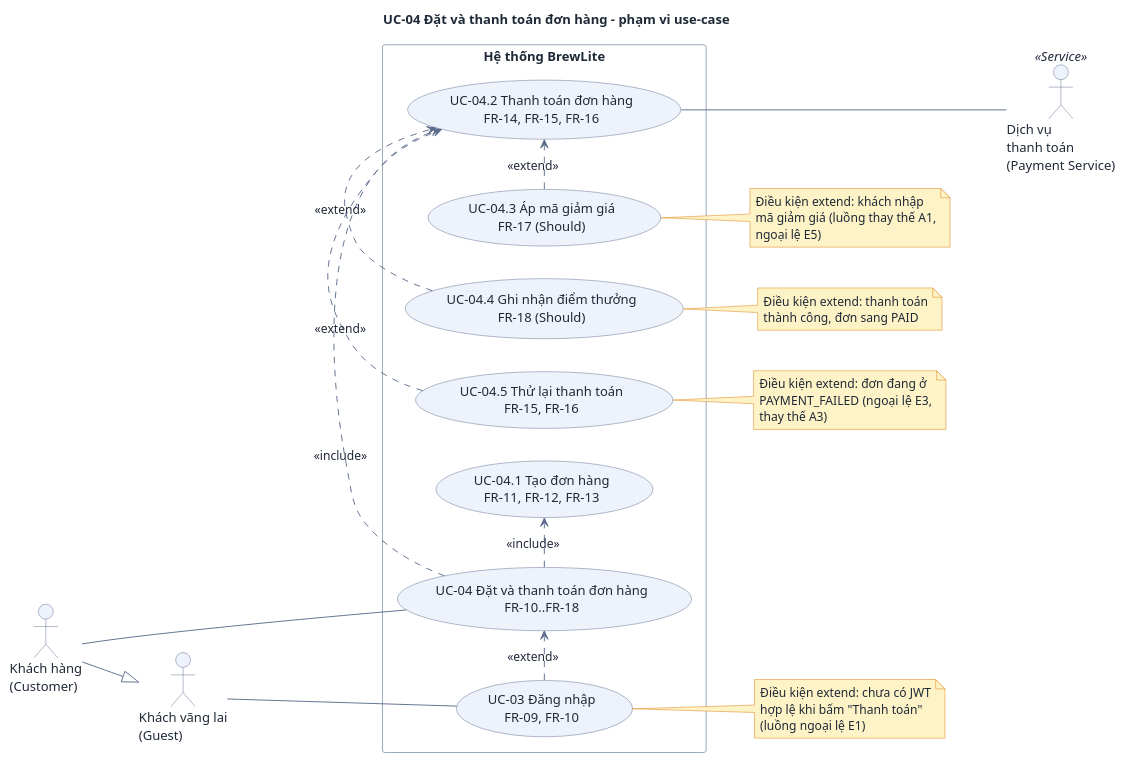
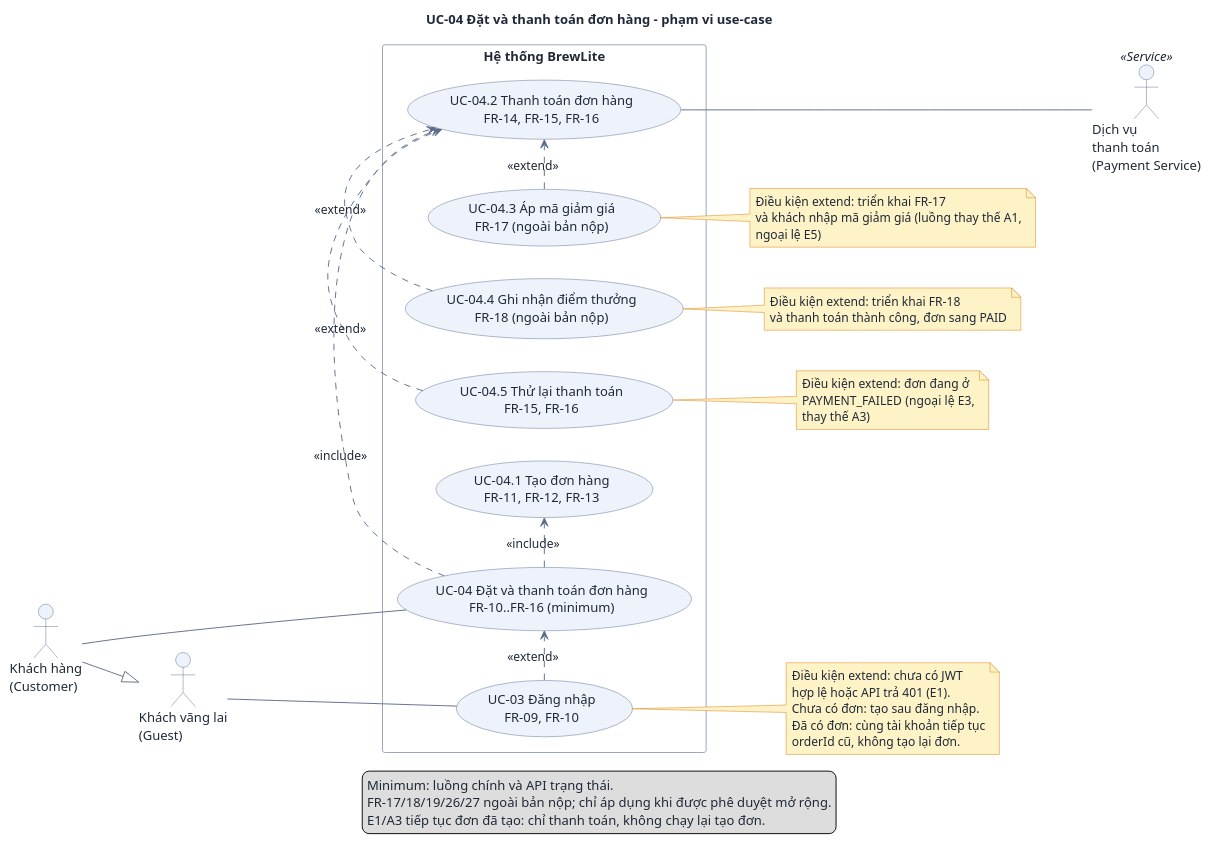
One commit to DuVinhLoi/BrewLite changed the diagram in docs/requirements/uc-checkout.puml. Above: the diagram before and after it, drawn with PlantUML. The commit also changed 8 other files, not shown here.

```diff
--- a/docs/requirements/uc-checkout.puml
+++ b/docs/requirements/uc-checkout.puml
@@ -1,71 +1,79 @@
 @startuml uc-checkout
 ' BrewLite A2 - Use-case diagram cho UC-04 "Dat va thanh toan don hang" (de A2 3.3). Dac ta: docs/requirements/uc-checkout.md
 skinparam DefaultFontColor #1f2937
 skinparam ArrowColor #5b6b8c
 skinparam ArrowFontColor #1f2937
 skinparam RectangleBackgroundColor #ffffff
 skinparam RectangleBorderColor #94a3b8
 skinparam ActorBackgroundColor #eef2fb
 skinparam ActorBorderColor #5b6b8c
 skinparam UsecaseBackgroundColor #eef2fb
 skinparam UsecaseBorderColor #5b6b8c
 skinparam NoteBackgroundColor #fef3c7
 skinparam NoteBorderColor #d97706
 skinparam Shadowing false
 
 left to right direction
 
 title UC-04 Đặt và thanh toán đơn hàng - phạm vi use-case
 
 actor "Khách vãng lai\n(Guest)" as Guest
 actor "Khách hàng\n(Customer)" as Customer
 actor "Dịch vụ\nthanh toán\n(Payment Service)" as Pay <<Service>>
 
 Customer --|> Guest
 
 rectangle "Hệ thống BrewLite" {
-  usecase "UC-04 Đặt và thanh toán đơn hàng\nFR-10..FR-18" as UC04
+  usecase "UC-04 Đặt và thanh toán đơn hàng\nFR-10..FR-16 (minimum)" as UC04
   usecase "UC-04.1 Tạo đơn hàng\nFR-11, FR-12, FR-13" as UC041
   usecase "UC-04.2 Thanh toán đơn hàng\nFR-14, FR-15, FR-16" as UC042
-  usecase "UC-04.3 Áp mã giảm giá\nFR-17 (Should)" as UC043
-  usecase "UC-04.4 Ghi nhận điểm thưởng\nFR-18 (Should)" as UC044
+  usecase "UC-04.3 Áp mã giảm giá\nFR-17 (ngoài bản nộp)" as UC043
+  usecase "UC-04.4 Ghi nhận điểm thưởng\nFR-18 (ngoài bản nộp)" as UC044
   usecase "UC-04.5 Thử lại thanh toán\nFR-15, FR-16" as UC045
   usecase "UC-03 Đăng nhập\nFR-09, FR-10" as UC03
 }
 
 Customer --- UC04
 Guest --- UC03
 
 UC04 .> UC041 : <<include>>
 UC04 .> UC042 : <<include>>
 UC043 .> UC042 : <<extend>>
 UC044 .> UC042 : <<extend>>
 UC045 .> UC042 : <<extend>>
 UC03 .> UC04 : <<extend>>
 
 UC042 --- Pay
 
 note right of UC03
   Điều kiện extend: chưa có JWT
-  hợp lệ khi bấm "Thanh toán"
-  (luồng ngoại lệ E1)
+  hợp lệ hoặc API trả 401 (E1).
+  Chưa có đơn: tạo sau đăng nhập.
+  Đã có đơn: cùng tài khoản tiếp tục
+  orderId cũ, không tạo lại đơn.
 end note
 
 note right of UC043
-  Điều kiện extend: khách nhập
-  mã giảm giá (luồng thay thế A1,
+  Điều kiện extend: triển khai FR-17
+  và khách nhập mã giảm giá (luồng thay thế A1,
   ngoại lệ E5)
 end note
 
 note right of UC044
-  Điều kiện extend: thanh toán
-  thành công, đơn sang PAID
+  Điều kiện extend: triển khai FR-18
+  và thanh toán thành công, đơn sang PAID
 end note
 
 note right of UC045
   Điều kiện extend: đơn đang ở
   PAYMENT_FAILED (ngoại lệ E3,
   thay thế A3)
 end note
 
+legend bottom
+  Minimum: luồng chính và API trạng thái.
+  FR-17/18/19/26/27 ngoài bản nộp; chỉ áp dụng khi được phê duyệt mở rộng.
+  E1/A3 tiếp tục đơn đã tạo: chỉ thanh toán, không chạy lại tạo đơn.
+endlegend
+
 @enduml
```
